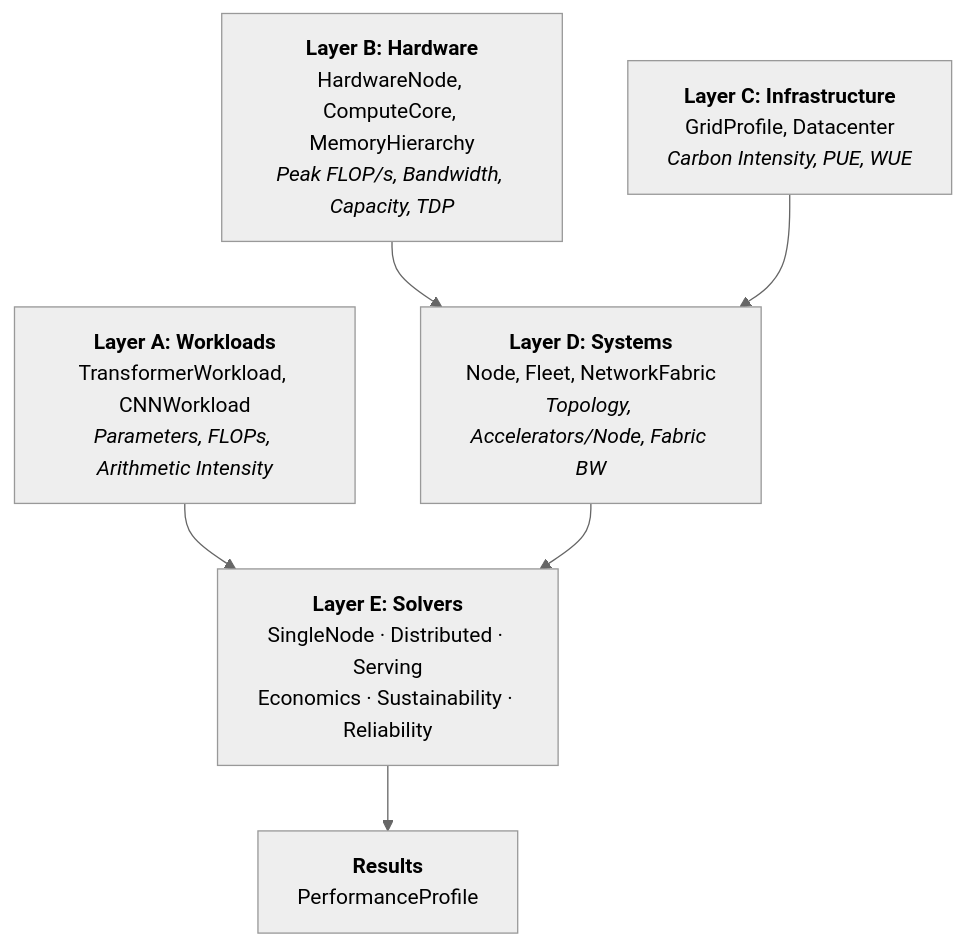
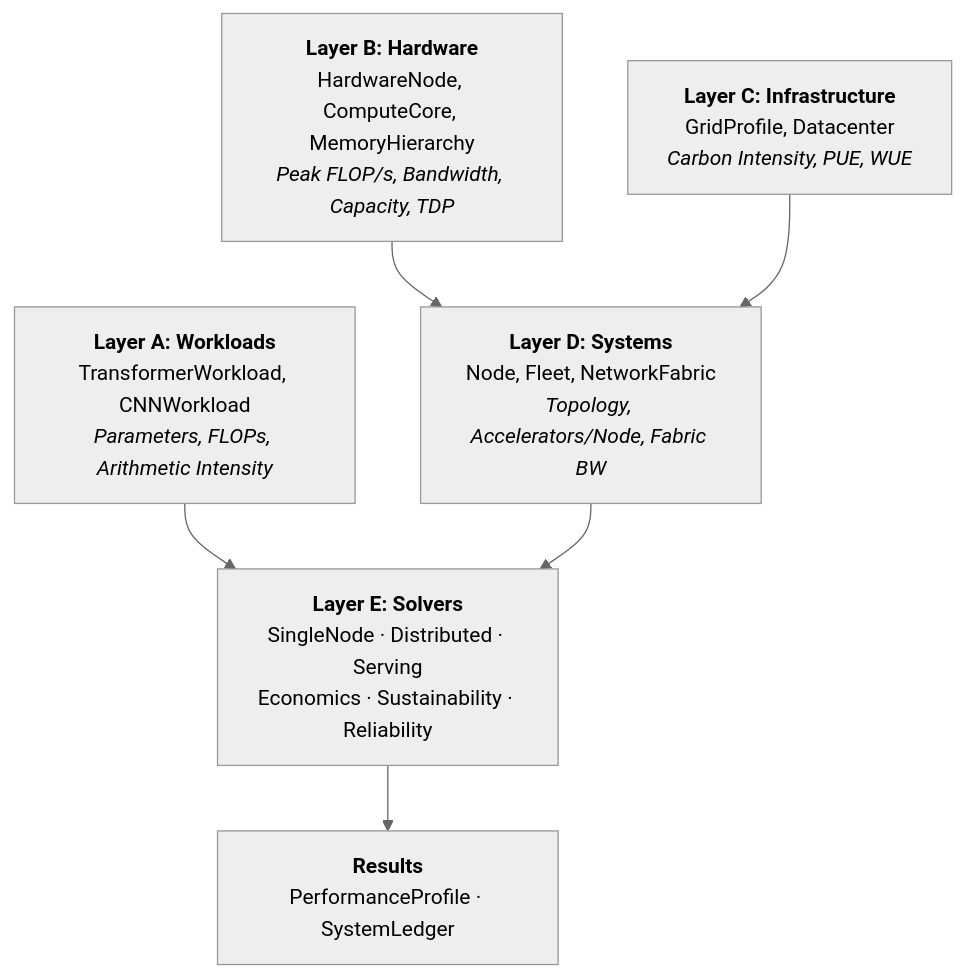
The first of 2 diagrams in mlsysim/docs/whitepaper.qmd (harvard-edge/cs249r_book), drawn with Mermaid before and after one commit. The commit also changed other lines of this file and 16 other files, not shown here.

````diff
--- a/mlsysim/docs/whitepaper.qmd
+++ b/mlsysim/docs/whitepaper.qmd
@@ -63,18 +65,18 @@
 ```{mermaid}
 %%{init: {'theme': 'neutral'}}%%
 %%| fig-cap: "The MLSYSIM 5-Layer Stack. Workloads (demand) are lowered onto Hardware (supply) through Infrastructure and Systems layers. Solvers bridge demand and supply to produce analytical profiles."
 %%| fig-width: 100%
 flowchart TB
     A["<b>Layer A: Workloads</b><br/>TransformerWorkload, CNNWorkload<br/><i>Parameters, FLOPs, Arithmetic Intensity</i>"]
     B["<b>Layer B: Hardware</b><br/>HardwareNode, ComputeCore, MemoryHierarchy<br/><i>Peak FLOP/s, Bandwidth, Capacity, TDP</i>"]
     C["<b>Layer C: Infrastructure</b><br/>GridProfile, Datacenter<br/><i>Carbon Intensity, PUE, WUE</i>"]
     D["<b>Layer D: Systems</b><br/>Node, Fleet, NetworkFabric<br/><i>Topology, Accelerators/Node, Fabric BW</i>"]
     E["<b>Layer E: Solvers</b><br/>SingleNode · Distributed · Serving<br/>Economics · Sustainability · Reliability"]
-    F["<b>Results</b><br/>PerformanceProfile"]
+    F["<b>Results</b><br/>PerformanceProfile · SystemLedger"]
 
     A --> E
     B --> D
     C --> D
     D --> E
     E --> F
 ```
````
